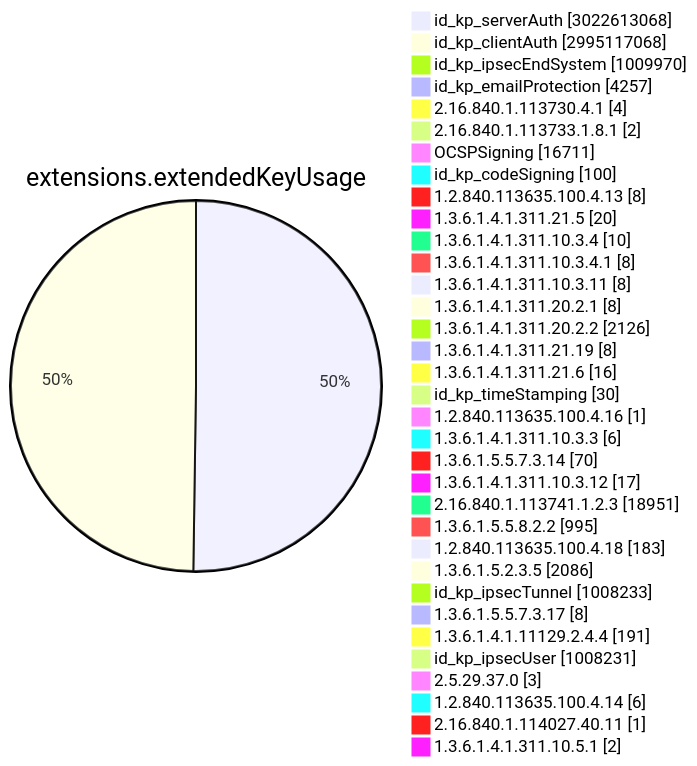
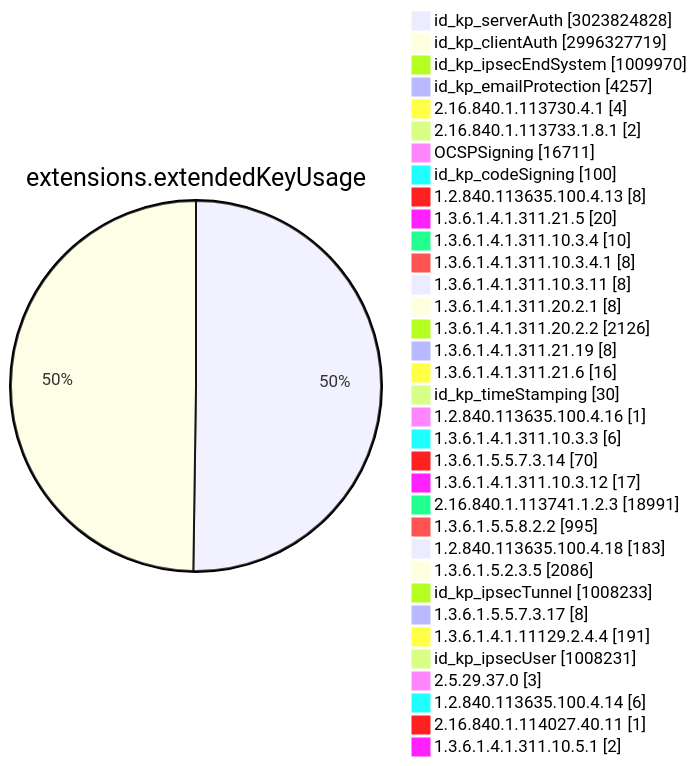
Before and after one commit to christiankrug/ctmonitor_visualization: diagram 11 of 15 in TOTAL/README.md, drawn with Mermaid. The commit also changed other lines of this file, not shown here.

````diff
--- a/TOTAL/README.md
+++ b/TOTAL/README.md
@@ -4107,38 +4107,38 @@
 ```mermaid
 pie showData
 title extensions.extendedKeyUsage
-"id_kp_serverAuth" :3022613068
-"id_kp_clientAuth" :2995117068
+"id_kp_serverAuth" :3023824828
+"id_kp_clientAuth" :2996327719
 "id_kp_ipsecEndSystem" :1009970
 "id_kp_emailProtection" :4257
 "2.16.840.1.113730.4.1" :4
 "2.16.840.1.113733.1.8.1" :2
 "OCSPSigning" :16711
 "id_kp_codeSigning" :100
 "1.2.840.113635.100.4.13" :8
 "1.3.6.1.4.1.311.21.5" :20
 "1.3.6.1.4.1.311.10.3.4" :10
 "1.3.6.1.4.1.311.10.3.4.1" :8
 "1.3.6.1.4.1.311.10.3.11" :8
 "1.3.6.1.4.1.311.20.2.1" :8
 "1.3.6.1.4.1.311.20.2.2" :2126
 "1.3.6.1.4.1.311.21.19" :8
 "1.3.6.1.4.1.311.21.6" :16
 "id_kp_timeStamping" :30
 "1.2.840.113635.100.4.16" :1
 "1.3.6.1.4.1.311.10.3.3" :6
 "1.3.6.1.5.5.7.3.14" :70
 "1.3.6.1.4.1.311.10.3.12" :17
-"2.16.840.1.113741.1.2.3" :18951
+"2.16.840.1.113741.1.2.3" :18991
 "1.3.6.1.5.5.8.2.2" :995
 "1.2.840.113635.100.4.18" :183
 "1.3.6.1.5.2.3.5" :2086
 "id_kp_ipsecTunnel" :1008233
 "1.3.6.1.5.5.7.3.17" :8
 "1.3.6.1.4.1.11129.2.4.4" :191
 "id_kp_ipsecUser" :1008231
 "2.5.29.37.0" :3
 "1.2.840.113635.100.4.14" :6
 "2.16.840.1.114027.40.11" :1
 "1.3.6.1.4.1.311.10.5.1" :2
 ```
````
